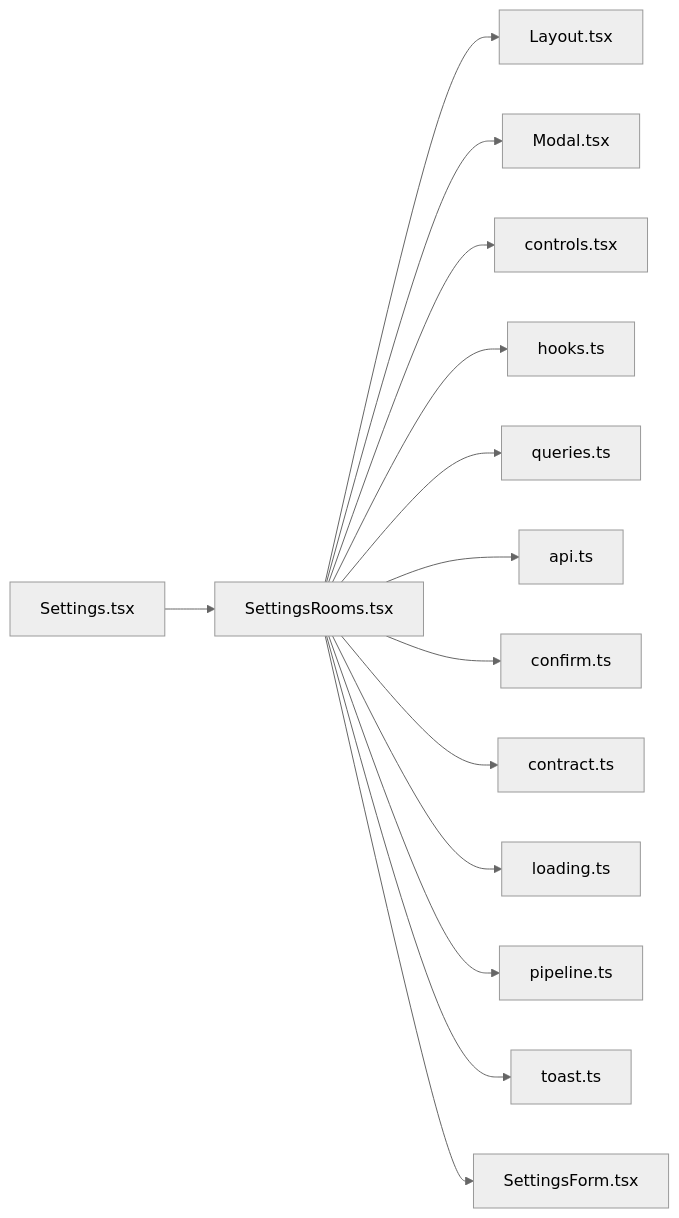
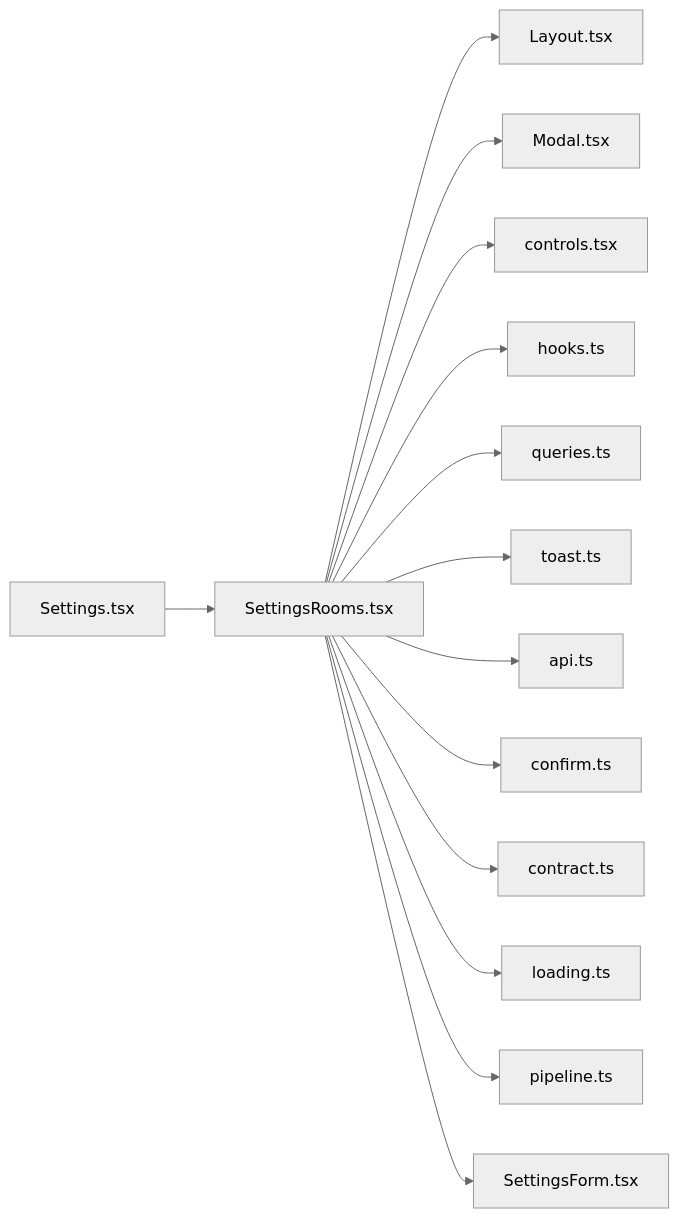
The diagram in .cluedoc/graph/frontend/src/routes/SettingsRooms.md (minkong-dev/Banblit), drawn with Mermaid (neutral theme) before and after one commit. The commit also changed other lines of this file and 47 other files, not shown here.

Commit message:
frontend: move toast into components

````diff
--- a/.cluedoc/graph/frontend/src/routes/SettingsRooms.md
+++ b/.cluedoc/graph/frontend/src/routes/SettingsRooms.md
@@ -10,17 +10,17 @@
 ```mermaid
 flowchart LR
   frontend_src_routes_SettingsRooms["SettingsRooms.tsx"]
   frontend_src_routes_SettingsRooms --> frontend_src_components_Layout["Layout.tsx"]
   frontend_src_routes_SettingsRooms --> frontend_src_components_Modal["Modal.tsx"]
   frontend_src_routes_SettingsRooms --> frontend_src_components_controls["controls.tsx"]
   frontend_src_routes_SettingsRooms --> frontend_src_components_hooks["hooks.ts"]
   frontend_src_routes_SettingsRooms --> frontend_src_components_queries["queries.ts"]
+  frontend_src_routes_SettingsRooms --> frontend_src_components_toast["toast.ts"]
   frontend_src_routes_SettingsRooms --> frontend_src_lib_api["api.ts"]
   frontend_src_routes_SettingsRooms --> frontend_src_lib_confirm["confirm.ts"]
   frontend_src_routes_SettingsRooms --> frontend_src_lib_contract["contract.ts"]
   frontend_src_routes_SettingsRooms --> frontend_src_lib_loading["loading.ts"]
   frontend_src_routes_SettingsRooms --> frontend_src_lib_pipeline["pipeline.ts"]
-  frontend_src_routes_SettingsRooms --> frontend_src_lib_toast["toast.ts"]
   frontend_src_routes_SettingsRooms --> frontend_src_routes_SettingsForm["SettingsForm.tsx"]
   frontend_src_routes_Settings["Settings.tsx"] --> frontend_src_routes_SettingsRooms
 ```
````
